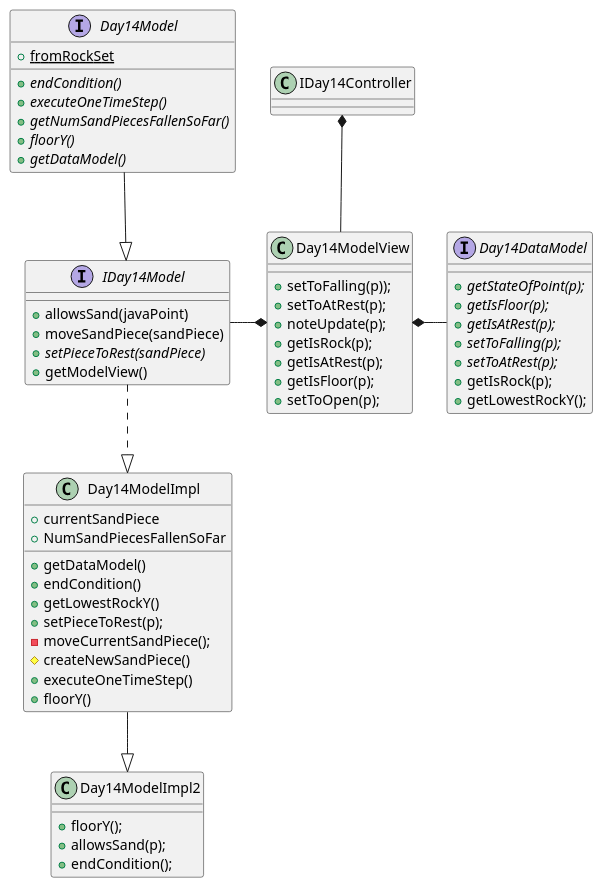
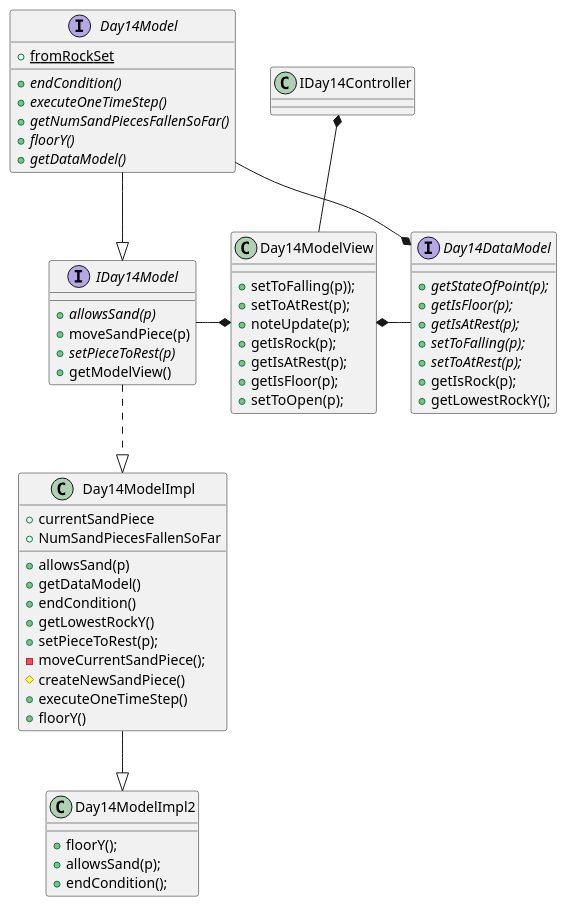
Before and after one commit to jdbr827/AdventOfCode_2019_Java: the diagram in src/year_2022/day_14/UML.puml, drawn with PlantUML. The commit also changed 2 other files, not shown here.

Commit message:
2022 D14 moved allowsSand default implementatino to just in Method 1

```diff
--- a/src/year_2022/day_14/UML.puml
+++ b/src/year_2022/day_14/UML.puml
@@ -1,69 +1,72 @@
 @startuml
 'https://plantuml.com/class-diagram
 
 
 interface Day14Model {
 + {abstract} endCondition()
 + {abstract} executeOneTimeStep()
 + {abstract} getNumSandPiecesFallenSoFar()
 + {abstract} floorY()
 + {abstract} getDataModel()
 + {static} fromRockSet
 }
 
 interface IDay14Model {
-+ allowsSand(javaPoint)
-+ moveSandPiece(sandPiece)
-+ {abstract} setPieceToRest(sandPiece)
++ {abstract} allowsSand(p)
++ moveSandPiece(p)
++ {abstract} setPieceToRest(p)
 + getModelView()
 }
 
 Day14Model --|> IDay14Model
 class Day14ModelImpl {
+
 + currentSandPiece
 + NumSandPiecesFallenSoFar
++ allowsSand(p)
 + getDataModel()
 + endCondition()
 + getLowestRockY()
 + setPieceToRest(p);
 - moveCurrentSandPiece();
 # createNewSandPiece()
 + executeOneTimeStep()
 + floorY()
 }
 
 IDay14Model -* Day14ModelView
 
 class Day14ModelView {
 + setToFalling(p));
 + setToAtRest(p);
 + noteUpdate(p);
 + getIsRock(p);
 + getIsAtRest(p);
 + getIsFloor(p);
 + setToOpen(p);
 }
 
 IDay14Controller *-- Day14ModelView
 Day14ModelView *- Day14DataModel
 
 interface Day14DataModel {
 + {abstract} getStateOfPoint(p);
 + {abstract} getIsFloor(p);
 + {abstract} getIsAtRest(p);
 + {abstract} setToFalling(p);
 + {abstract} setToAtRest(p);
 + getIsRock(p);
 + getLowestRockY();
 }
 
 IDay14Model ..|> Day14ModelImpl
 
+Day14Model -* Day14DataModel
 Day14ModelImpl --|> Day14ModelImpl2
 
 class Day14ModelImpl2 {
 + floorY();
 + allowsSand(p);
 + endCondition();
 }
 @enduml
```
